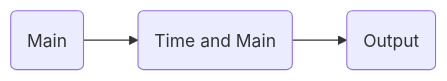
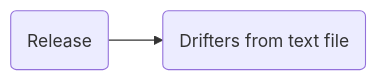
Before and after one commit to ichthyop/ichthyop-practical-session: the fifth of 7 diagrams in ichthyop-training.qmd, drawn with Mermaid. The commit also changed other lines of this file and 3 other files, not shown here.

````diff
--- a/ichthyop-training.qmd
+++ b/ichthyop-training.qmd
@@ -250,8 +239,6 @@
 ```{mermaid}
     graph LR;
-    id1(Main)
-    id2(Time and Main)
-    id3(Output)
-    id1 --> id2
+    id2(Release)
+    id3(Drifters from text file)
     id2 --> id3
 ```
````
